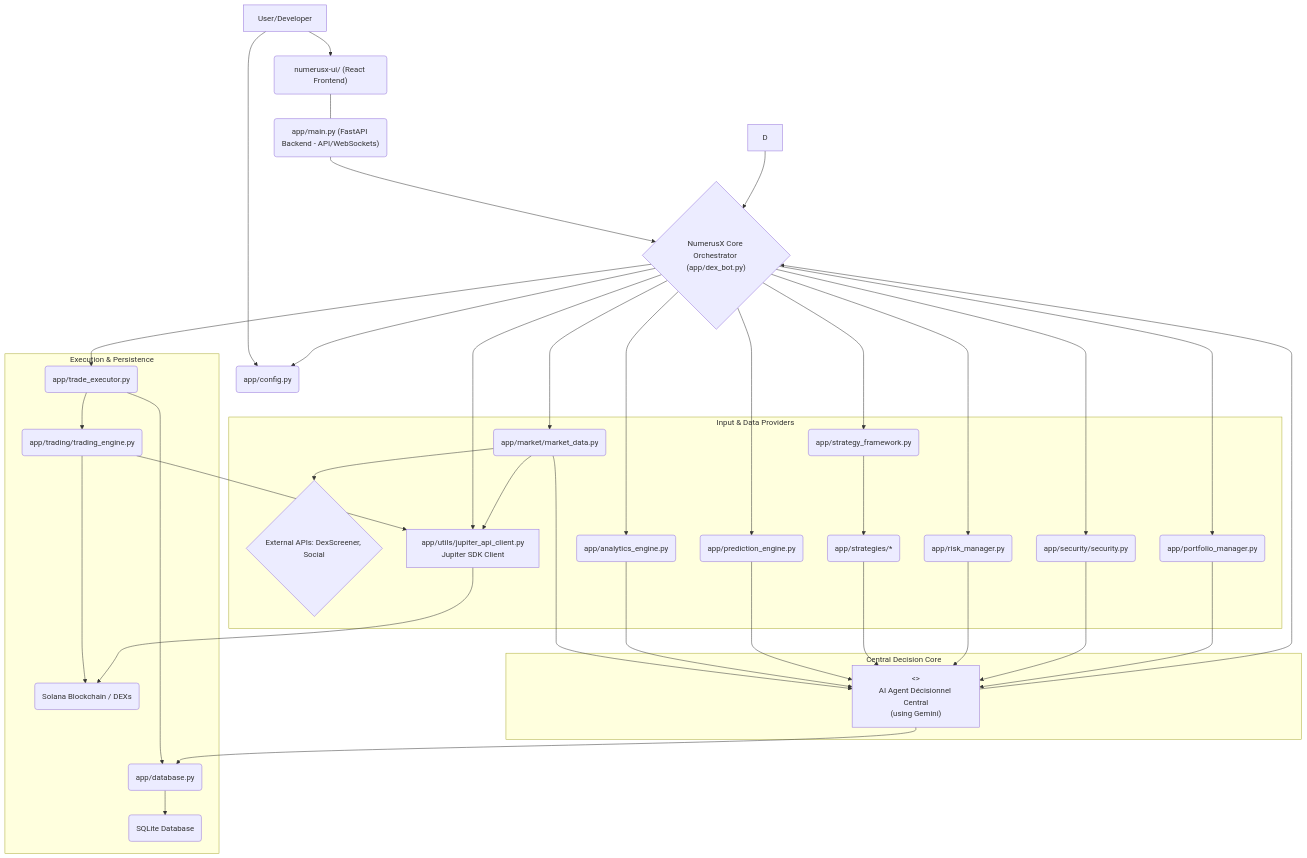
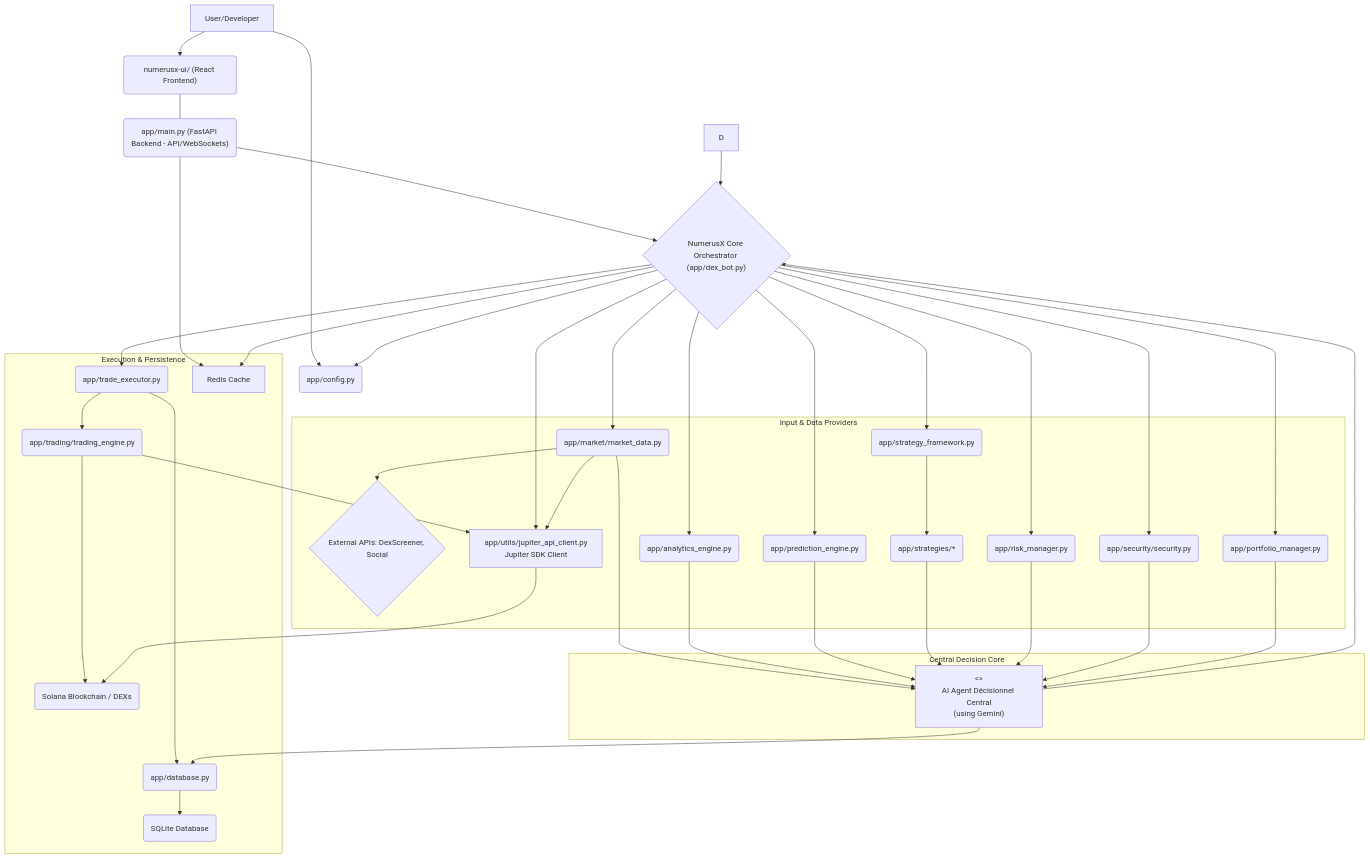
The first of 2 diagrams in README.md (Alzok/NumerusX), drawn with Mermaid before and after one commit. The commit also changed other lines of this file and 6 other files, not shown here.

````diff
--- a/README.md
+++ b/README.md
@@ -42,65 +43,68 @@
 ```mermaid
 graph TD
     A["User/Developer"] --> UI_REACT("numerusx-ui/ (React Frontend)");
     UI_REACT --- B_API("app/main.py (FastAPI Backend - API/WebSockets)");
     B_API --> C{"NumerusX Core Orchestrator (app/dex_bot.py)"};
     
     subgraph "Input & Data Providers"
         DATASRC("app/market/market_data.py");
         DATASRC --> EXTAPI{"External APIs: DexScreener, Social"};
         TECH_ANALYSIS("app/analytics_engine.py");
         PREDICT_AI("app/prediction_engine.py");
         STRAT_FRWK("app/strategy_framework.py");
         USER_STRATS("app/strategies/*");
         RISK_INFO("app/risk_manager.py");
         SEC_INFO("app/security/security.py");
         PORT_INFO("app/portfolio_manager.py");
         JUP_CLIENT_NODE["app/utils/jupiter_api_client.py<br>Jupiter SDK Client"];
     end
 
     subgraph "Central Decision Core"
         AI_AGENT_CORE["<<app/ai_agent.py>>\nAI Agent Décisionnel Central<br>(using Gemini)"];
     end
 
     subgraph "Execution & Persistence"
         EXEC_ENG("app/trade_executor.py");
         TRADE_SYS("app/trading/trading_engine.py");
         TRADE_SYS --> SOLANA("Solana Blockchain / DEXs");
         DB_STORE("app/database.py");
         DB_STORE --> SQLITEDB("SQLite Database");
+        CACHE_SYS["Redis Cache"];
     end
 
     C --> DATASRC;
     C --> TECH_ANALYSIS;
     C --> PREDICT_AI;
     C --> STRAT_FRWK;
     STRAT_FRWK --> USER_STRATS;
     C --> RISK_INFO;
     C --> SEC_INFO;
     C --> PORT_INFO;
     C --> JUP_CLIENT_NODE;
 
     DATASRC --> AI_AGENT_CORE;
     DATASRC --> JUP_CLIENT_NODE;
     TECH_ANALYSIS --> AI_AGENT_CORE;
     PREDICT_AI --> AI_AGENT_CORE;
     USER_STRATS --> AI_AGENT_CORE;
     RISK_INFO --> AI_AGENT_CORE;
     SEC_INFO --> AI_AGENT_CORE;
     PORT_INFO --> AI_AGENT_CORE;
     
     AI_AGENT_CORE --> C;
     %% AI Agent returns decision to Orchestrator
     C --> EXEC_ENG;
     EXEC_ENG --> TRADE_SYS;
     TRADE_SYS --> JUP_CLIENT_NODE;
     JUP_CLIENT_NODE --> SOLANA;
     EXEC_ENG --> DB_STORE;
     %% For trade recording
     AI_AGENT_CORE --> DB_STORE;
     %% For decision logging
+    B_API --> CACHE_SYS;
+    C --> CACHE_SYS;
 
     D --> C;
     A --> F("app/config.py");
     C --> F;
 ```
````
